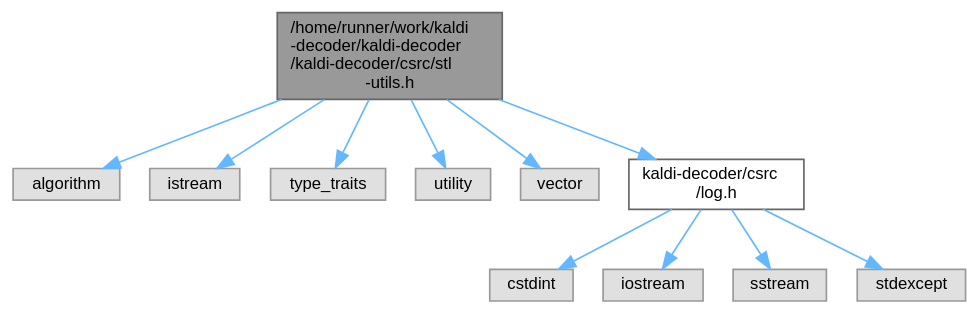
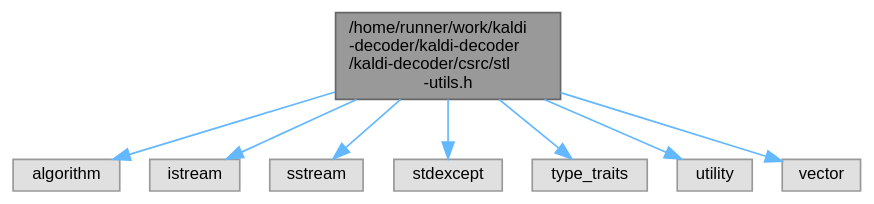
Before and after one commit to csukuangfj/kaldi-decoder: the diagram in cpp-api-doxygen/stl-utils_8h__incl.dot, drawn with Graphviz. The commit also changed 112 other files, not shown here.

```diff
--- a/cpp-api-doxygen/stl-utils_8h__incl.dot
+++ b/cpp-api-doxygen/stl-utils_8h__incl.dot
@@ -1,28 +1,22 @@
 digraph "/home/runner/work/kaldi-decoder/kaldi-decoder/kaldi-decoder/csrc/stl-utils.h"
 {
  // LATEX_PDF_SIZE
   bgcolor="transparent";
   edge [fontname=Helvetica,fontsize=10,labelfontname=Helvetica,labelfontsize=10];
   node [fontname=Helvetica,fontsize=10,shape=box,height=0.2,width=0.4];
   Node1 [id="Node000001",label="/home/runner/work/kaldi\l-decoder/kaldi-decoder\l/kaldi-decoder/csrc/stl\l-utils.h",height=0.2,width=0.4,color="gray40", fillcolor="grey60", style="filled", fontcolor="black",tooltip=" "];
   Node1 -> Node2 [id="edge1_Node000001_Node000002",color="steelblue1",style="solid",tooltip=" "];
   Node2 [id="Node000002",label="algorithm",height=0.2,width=0.4,color="grey60", fillcolor="#E0E0E0", style="filled",tooltip=" "];
   Node1 -> Node3 [id="edge2_Node000001_Node000003",color="steelblue1",style="solid",tooltip=" "];
   Node3 [id="Node000003",label="istream",height=0.2,width=0.4,color="grey60", fillcolor="#E0E0E0", style="filled",tooltip=" "];
   Node1 -> Node4 [id="edge3_Node000001_Node000004",color="steelblue1",style="solid",tooltip=" "];
-  Node4 [id="Node000004",label="type_traits",height=0.2,width=0.4,color="grey60", fillcolor="#E0E0E0", style="filled",tooltip=" "];
+  Node4 [id="Node000004",label="sstream",height=0.2,width=0.4,color="grey60", fillcolor="#E0E0E0", style="filled",tooltip=" "];
   Node1 -> Node5 [id="edge4_Node000001_Node000005",color="steelblue1",style="solid",tooltip=" "];
-  Node5 [id="Node000005",label="utility",height=0.2,width=0.4,color="grey60", fillcolor="#E0E0E0", style="filled",tooltip=" "];
+  Node5 [id="Node000005",label="stdexcept",height=0.2,width=0.4,color="grey60", fillcolor="#E0E0E0", style="filled",tooltip=" "];
   Node1 -> Node6 [id="edge5_Node000001_Node000006",color="steelblue1",style="solid",tooltip=" "];
-  Node6 [id="Node000006",label="vector",height=0.2,width=0.4,color="grey60", fillcolor="#E0E0E0", style="filled",tooltip=" "];
+  Node6 [id="Node000006",label="type_traits",height=0.2,width=0.4,color="grey60", fillcolor="#E0E0E0", style="filled",tooltip=" "];
   Node1 -> Node7 [id="edge6_Node000001_Node000007",color="steelblue1",style="solid",tooltip=" "];
-  Node7 [id="Node000007",label="kaldi-decoder/csrc\l/log.h",height=0.2,width=0.4,color="grey40", fillcolor="white", style="filled",URL="$log_8h.html",tooltip=" "];
-  Node7 -> Node8 [id="edge7_Node000007_Node000008",color="steelblue1",style="solid",tooltip=" "];
-  Node8 [id="Node000008",label="cstdint",height=0.2,width=0.4,color="grey60", fillcolor="#E0E0E0", style="filled",tooltip=" "];
-  Node7 -> Node9 [id="edge8_Node000007_Node000009",color="steelblue1",style="solid",tooltip=" "];
-  Node9 [id="Node000009",label="iostream",height=0.2,width=0.4,color="grey60", fillcolor="#E0E0E0", style="filled",tooltip=" "];
-  Node7 -> Node10 [id="edge9_Node000007_Node000010",color="steelblue1",style="solid",tooltip=" "];
-  Node10 [id="Node000010",label="sstream",height=0.2,width=0.4,color="grey60", fillcolor="#E0E0E0", style="filled",tooltip=" "];
-  Node7 -> Node11 [id="edge10_Node000007_Node000011",color="steelblue1",style="solid",tooltip=" "];
-  Node11 [id="Node000011",label="stdexcept",height=0.2,width=0.4,color="grey60", fillcolor="#E0E0E0", style="filled",tooltip=" "];
+  Node7 [id="Node000007",label="utility",height=0.2,width=0.4,color="grey60", fillcolor="#E0E0E0", style="filled",tooltip=" "];
+  Node1 -> Node8 [id="edge7_Node000001_Node000008",color="steelblue1",style="solid",tooltip=" "];
+  Node8 [id="Node000008",label="vector",height=0.2,width=0.4,color="grey60", fillcolor="#E0E0E0", style="filled",tooltip=" "];
 }
```
